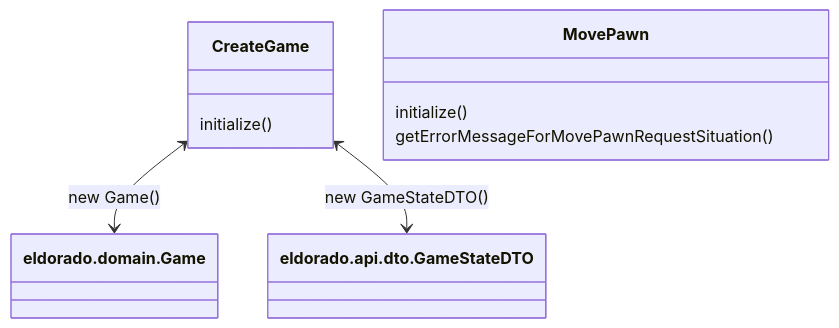
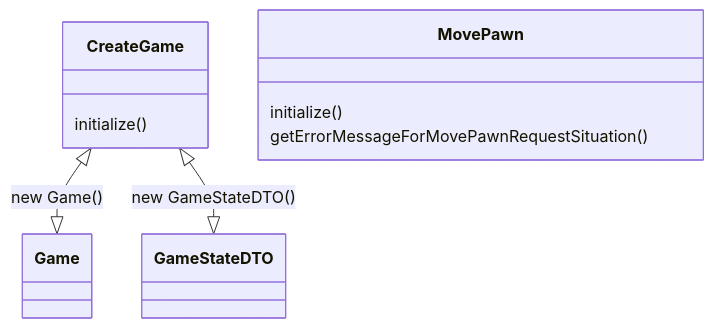
The fifth of 7 diagrams in ARCHITECTURE.md (stijnlinderman/eldorado), drawn with Mermaid before and after one commit.

````diff
--- a/ARCHITECTURE.md
+++ b/ARCHITECTURE.md
@@ -64,9 +64,9 @@
 ```mermaid
 classDiagram
-	CreateGame <--> eldorado.domain.Game: new Game()
-	CreateGame <--> eldorado.api.dto.GameStateDTO: new GameStateDTO()
+	CreateGame <|--|> Game: new Game()
+	CreateGame <|--|> GameStateDTO: new GameStateDTO()
 	CreateGame : initialize()
 	class MovePawn
 	MovePawn : initialize()
 	MovePawn : getErrorMessageForMovePawnRequestSituation()
 ```
````
